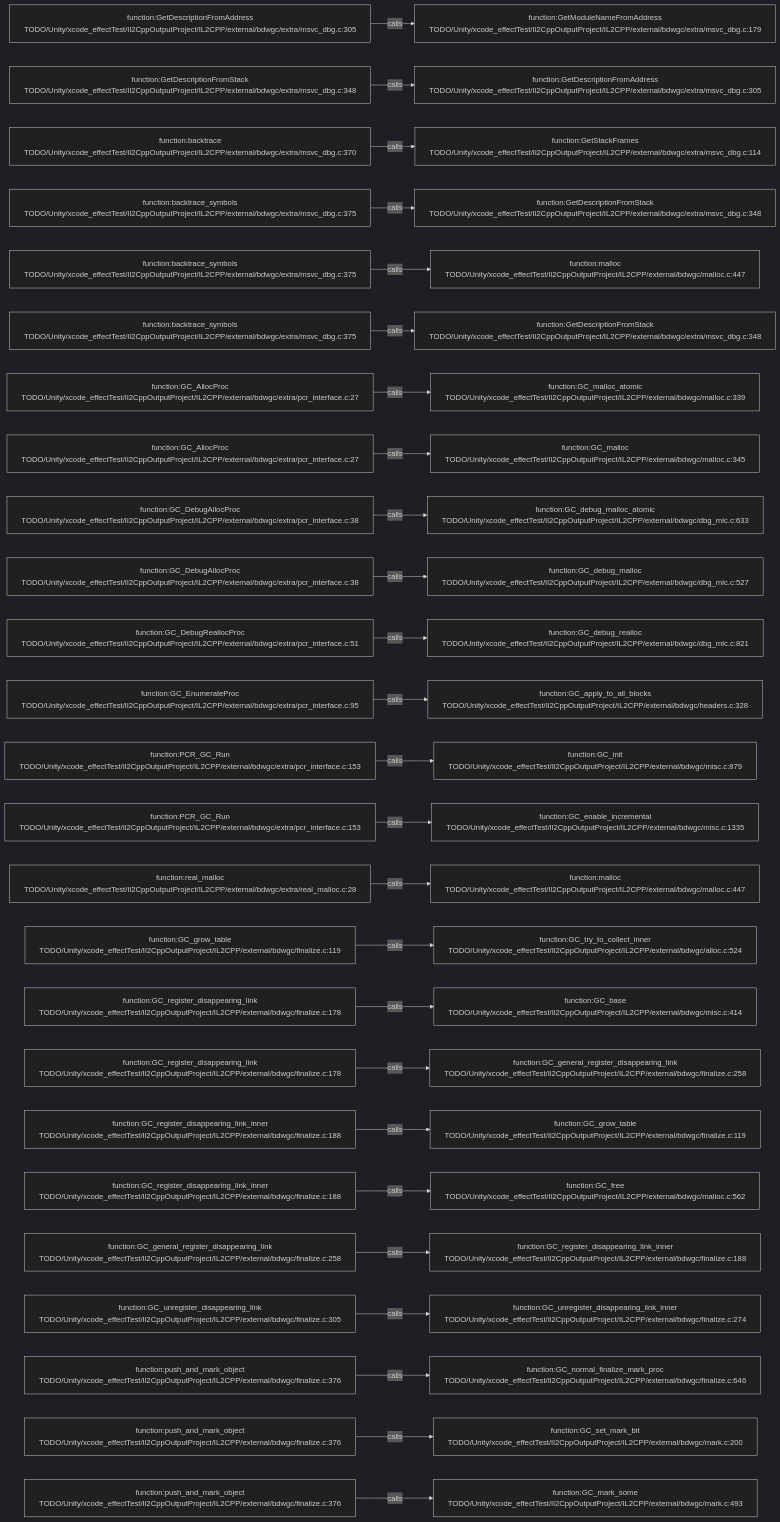
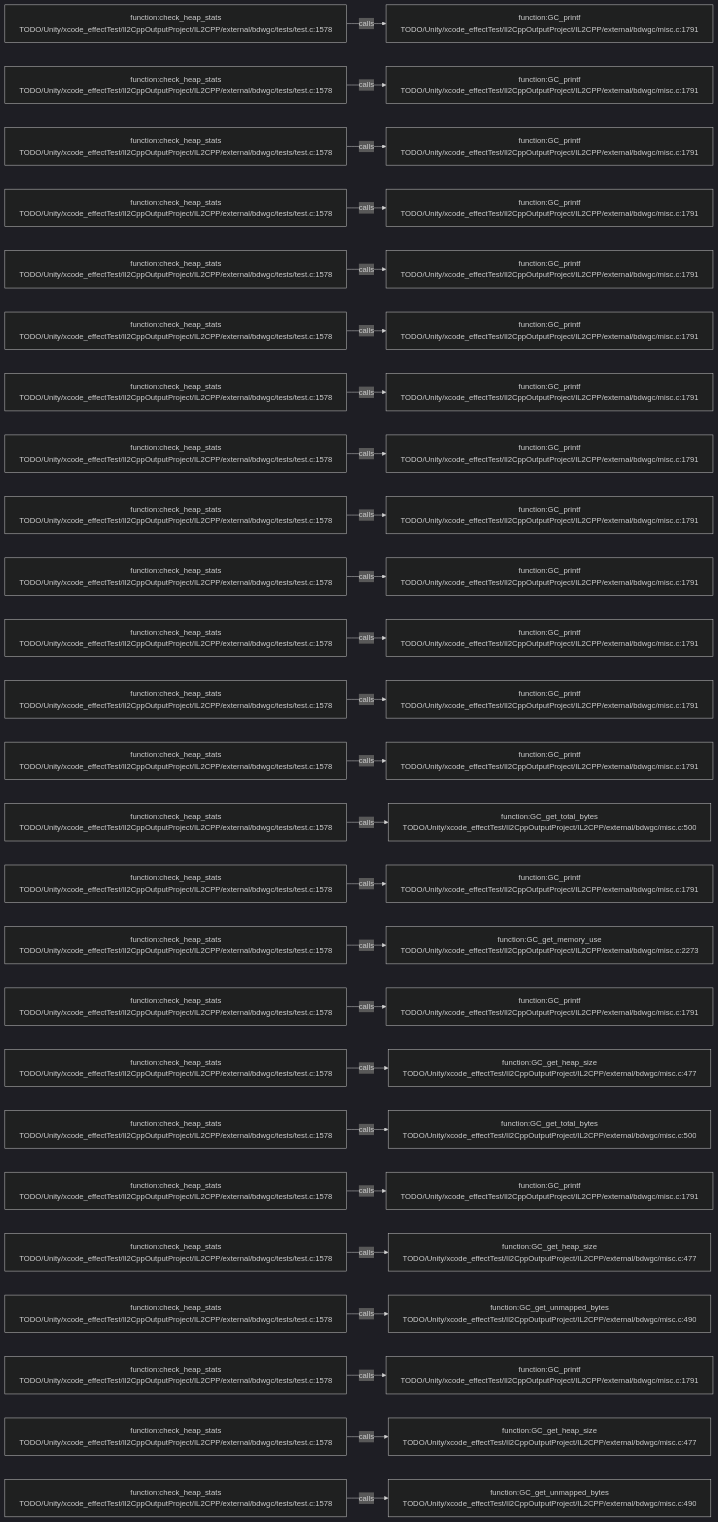
Before and after one commit to JobsKits/JobsSwiftBaseConfigDemo: the diagram in .codegraph/codegraph.md/graphs/calls-175.md, drawn with Mermaid (dark theme). The commit also changed 227 other files, not shown here.

````diff
--- a/.codegraph/codegraph.md/graphs/calls-175.md
+++ b/.codegraph/codegraph.md/graphs/calls-175.md
@@ -13,78 +13,78 @@
 ```mermaid
 flowchart LR
-  S1["function:GetDescriptionFromAddress<br/>TODO/Unity/xcode_effectTest/Il2CppOutputProject/IL2CPP/external/bdwgc/extra/msvc_dbg.c:305"]
-  T1["function:GetModuleNameFromAddress<br/>TODO/Unity/xcode_effectTest/Il2CppOutputProject/IL2CPP/external/bdwgc/extra/msvc_dbg.c:179"]
+  S1["function:check_heap_stats<br/>TODO/Unity/xcode_effectTest/Il2CppOutputProject/IL2CPP/external/bdwgc/tests/test.c:1578"]
+  T1["function:GC_printf<br/>TODO/Unity/xcode_effectTest/Il2CppOutputProject/IL2CPP/external/bdwgc/misc.c:1791"]
   S1 -->|calls| T1
-  S2["function:GetDescriptionFromStack<br/>TODO/Unity/xcode_effectTest/Il2CppOutputProject/IL2CPP/external/bdwgc/extra/msvc_dbg.c:348"]
-  T2["function:GetDescriptionFromAddress<br/>TODO/Unity/xcode_effectTest/Il2CppOutputProject/IL2CPP/external/bdwgc/extra/msvc_dbg.c:305"]
+  S2["function:check_heap_stats<br/>TODO/Unity/xcode_effectTest/Il2CppOutputProject/IL2CPP/external/bdwgc/tests/test.c:1578"]
+  T2["function:GC_printf<br/>TODO/Unity/xcode_effectTest/Il2CppOutputProject/IL2CPP/external/bdwgc/misc.c:1791"]
   S2 -->|calls| T2
-  S3["function:backtrace<br/>TODO/Unity/xcode_effectTest/Il2CppOutputProject/IL2CPP/external/bdwgc/extra/msvc_dbg.c:370"]
-  T3["function:GetStackFrames<br/>TODO/Unity/xcode_effectTest/Il2CppOutputProject/IL2CPP/external/bdwgc/extra/msvc_dbg.c:114"]
+  S3["function:check_heap_stats<br/>TODO/Unity/xcode_effectTest/Il2CppOutputProject/IL2CPP/external/bdwgc/tests/test.c:1578"]
+  T3["function:GC_printf<br/>TODO/Unity/xcode_effectTest/Il2CppOutputProject/IL2CPP/external/bdwgc/misc.c:1791"]
   S3 -->|calls| T3
-  S4["function:backtrace_symbols<br/>TODO/Unity/xcode_effectTest/Il2CppOutputProject/IL2CPP/external/bdwgc/extra/msvc_dbg.c:375"]
-  T4["function:GetDescriptionFromStack<br/>TODO/Unity/xcode_effectTest/Il2CppOutputProject/IL2CPP/external/bdwgc/extra/msvc_dbg.c:348"]
+  S4["function:check_heap_stats<br/>TODO/Unity/xcode_effectTest/Il2CppOutputProject/IL2CPP/external/bdwgc/tests/test.c:1578"]
+  T4["function:GC_printf<br/>TODO/Unity/xcode_effectTest/Il2CppOutputProject/IL2CPP/external/bdwgc/misc.c:1791"]
   S4 -->|calls| T4
-  S5["function:backtrace_symbols<br/>TODO/Unity/xcode_effectTest/Il2CppOutputProject/IL2CPP/external/bdwgc/extra/msvc_dbg.c:375"]
-  T5["function:malloc<br/>TODO/Unity/xcode_effectTest/Il2CppOutputProject/IL2CPP/external/bdwgc/malloc.c:447"]
+  S5["function:check_heap_stats<br/>TODO/Unity/xcode_effectTest/Il2CppOutputProject/IL2CPP/external/bdwgc/tests/test.c:1578"]
+  T5["function:GC_printf<br/>TODO/Unity/xcode_effectTest/Il2CppOutputProject/IL2CPP/external/bdwgc/misc.c:1791"]
   S5 -->|calls| T5
-  S6["function:backtrace_symbols<br/>TODO/Unity/xcode_effectTest/Il2CppOutputProject/IL2CPP/external/bdwgc/extra/msvc_dbg.c:375"]
-  T6["function:GetDescriptionFromStack<br/>TODO/Unity/xcode_effectTest/Il2CppOutputProject/IL2CPP/external/bdwgc/extra/msvc_dbg.c:348"]
+  S6["function:check_heap_stats<br/>TODO/Unity/xcode_effectTest/Il2CppOutputProject/IL2CPP/external/bdwgc/tests/test.c:1578"]
+  T6["function:GC_printf<br/>TODO/Unity/xcode_effectTest/Il2CppOutputProject/IL2CPP/external/bdwgc/misc.c:1791"]
   S6 -->|calls| T6
-  S7["function:GC_AllocProc<br/>TODO/Unity/xcode_effectTest/Il2CppOutputProject/IL2CPP/external/bdwgc/extra/pcr_interface.c:27"]
-  T7["function:GC_malloc_atomic<br/>TODO/Unity/xcode_effectTest/Il2CppOutputProject/IL2CPP/external/bdwgc/malloc.c:339"]
+  S7["function:check_heap_stats<br/>TODO/Unity/xcode_effectTest/Il2CppOutputProject/IL2CPP/external/bdwgc/tests/test.c:1578"]
+  T7["function:GC_printf<br/>TODO/Unity/xcode_effectTest/Il2CppOutputProject/IL2CPP/external/bdwgc/misc.c:1791"]
   S7 -->|calls| T7
-  S8["function:GC_AllocProc<br/>TODO/Unity/xcode_effectTest/Il2CppOutputProject/IL2CPP/external/bdwgc/extra/pcr_interface.c:27"]
-  T8["function:GC_malloc<br/>TODO/Unity/xcode_effectTest/Il2CppOutputProject/IL2CPP/external/bdwgc/malloc.c:345"]
+  S8["function:check_heap_stats<br/>TODO/Unity/xcode_effectTest/Il2CppOutputProject/IL2CPP/external/bdwgc/tests/test.c:1578"]
+  T8["function:GC_printf<br/>TODO/Unity/xcode_effectTest/Il2CppOutputProject/IL2CPP/external/bdwgc/misc.c:1791"]
   S8 -->|calls| T8
-  S9["function:GC_DebugAllocProc<br/>TODO/Unity/xcode_effectTest/Il2CppOutputProject/IL2CPP/external/bdwgc/extra/pcr_interface.c:38"]
-  T9["function:GC_debug_malloc_atomic<br/>TODO/Unity/xcode_effectTest/Il2CppOutputProject/IL2CPP/external/bdwgc/dbg_mlc.c:633"]
+  S9["function:check_heap_stats<br/>TODO/Unity/xcode_effectTest/Il2CppOutputProject/IL2CPP/external/bdwgc/tests/test.c:1578"]
+  T9["function:GC_printf<br/>TODO/Unity/xcode_effectTest/Il2CppOutputProject/IL2CPP/external/bdwgc/misc.c:1791"]
   S9 -->|calls| T9
-  S10["function:GC_DebugAllocProc<br/>TODO/Unity/xcode_effectTest/Il2CppOutputProject/IL2CPP/external/bdwgc/extra/pcr_interface.c:38"]
-  T10["function:GC_debug_malloc<br/>TODO/Unity/xcode_effectTest/Il2CppOutputProject/IL2CPP/external/bdwgc/dbg_mlc.c:527"]
+  S10["function:check_heap_stats<br/>TODO/Unity/xcode_effectTest/Il2CppOutputProject/IL2CPP/external/bdwgc/tests/test.c:1578"]
+  T10["function:GC_printf<br/>TODO/Unity/xcode_effectTest/Il2CppOutputProject/IL2CPP/external/bdwgc/misc.c:1791"]
   S10 -->|calls| T10
-  S11["function:GC_DebugReallocProc<br/>TODO/Unity/xcode_effectTest/Il2CppOutputProject/IL2CPP/external/bdwgc/extra/pcr_interface.c:51"]
-  T11["function:GC_debug_realloc<br/>TODO/Unity/xcode_effectTest/Il2CppOutputProject/IL2CPP/external/bdwgc/dbg_mlc.c:821"]
+  S11["function:check_heap_stats<br/>TODO/Unity/xcode_effectTest/Il2CppOutputProject/IL2CPP/external/bdwgc/tests/test.c:1578"]
+  T11["function:GC_printf<br/>TODO/Unity/xcode_effectTest/Il2CppOutputProject/IL2CPP/external/bdwgc/misc.c:1791"]
   S11 -->|calls| T11
-  S12["function:GC_EnumerateProc<br/>TODO/Unity/xcode_effectTest/Il2CppOutputProject/IL2CPP/external/bdwgc/extra/pcr_interface.c:95"]
-  T12["function:GC_apply_to_all_blocks<br/>TODO/Unity/xcode_effectTest/Il2CppOutputProject/IL2CPP/external/bdwgc/headers.c:328"]
+  S12["function:check_heap_stats<br/>TODO/Unity/xcode_effectTest/Il2CppOutputProject/IL2CPP/external/bdwgc/tests/test.c:1578"]
+  T12["function:GC_printf<br/>TODO/Unity/xcode_effectTest/Il2CppOutputProject/IL2CPP/external/bdwgc/misc.c:1791"]
   S12 -->|calls| T12
-  S13["function:PCR_GC_Run<br/>TODO/Unity/xcode_effectTest/Il2CppOutputProject/IL2CPP/external/bdwgc/extra/pcr_interface.c:153"]
-  T13["function:GC_init<br/>TODO/Unity/xcode_effectTest/Il2CppOutputProject/IL2CPP/external/bdwgc/misc.c:879"]
+  S13["function:check_heap_stats<br/>TODO/Unity/xcode_effectTest/Il2CppOutputProject/IL2CPP/external/bdwgc/tests/test.c:1578"]
+  T13["function:GC_printf<br/>TODO/Unity/xcode_effectTest/Il2CppOutputProject/IL2CPP/external/bdwgc/misc.c:1791"]
   S13 -->|calls| T13
-  S14["function:PCR_GC_Run<br/>TODO/Unity/xcode_effectTest/Il2CppOutputProject/IL2CPP/external/bdwgc/extra/pcr_interface.c:153"]
-  T14["function:GC_enable_incremental<br/>TODO/Unity/xcode_effectTest/Il2CppOutputProject/IL2CPP/external/bdwgc/misc.c:1335"]
+  S14["function:check_heap_stats<br/>TODO/Unity/xcode_effectTest/Il2CppOutputProject/IL2CPP/external/bdwgc/tests/test.c:1578"]
+  T14["function:GC_get_total_bytes<br/>TODO/Unity/xcode_effectTest/Il2CppOutputProject/IL2CPP/external/bdwgc/misc.c:500"]
   S14 -->|calls| T14
-  S15["function:real_malloc<br/>TODO/Unity/xcode_effectTest/Il2CppOutputProject/IL2CPP/external/bdwgc/extra/real_malloc.c:28"]
-  T15["function:malloc<br/>TODO/Unity/xcode_effectTest/Il2CppOutputProject/IL2CPP/external/bdwgc/malloc.c:447"]
+  S15["function:check_heap_stats<br/>TODO/Unity/xcode_effectTest/Il2CppOutputProject/IL2CPP/external/bdwgc/tests/test.c:1578"]
+  T15["function:GC_printf<br/>TODO/Unity/xcode_effectTest/Il2CppOutputProject/IL2CPP/external/bdwgc/misc.c:1791"]
   S15 -->|calls| T15
-  S16["function:GC_grow_table<br/>TODO/Unity/xcode_effectTest/Il2CppOutputProject/IL2CPP/external/bdwgc/finalize.c:119"]
-  T16["function:GC_try_to_collect_inner<br/>TODO/Unity/xcode_effectTest/Il2CppOutputProject/IL2CPP/external/bdwgc/alloc.c:524"]
+  S16["function:check_heap_stats<br/>TODO/Unity/xcode_effectTest/Il2CppOutputProject/IL2CPP/external/bdwgc/tests/test.c:1578"]
+  T16["function:GC_get_memory_use<br/>TODO/Unity/xcode_effectTest/Il2CppOutputProject/IL2CPP/external/bdwgc/misc.c:2273"]
   S16 -->|calls| T16
-  S17["function:GC_register_disappearing_link<br/>TODO/Unity/xcode_effectTest/Il2CppOutputProject/IL2CPP/external/bdwgc/finalize.c:178"]
-  T17["function:GC_base<br/>TODO/Unity/xcode_effectTest/Il2CppOutputProject/IL2CPP/external/bdwgc/misc.c:414"]
+  S17["function:check_heap_stats<br/>TODO/Unity/xcode_effectTest/Il2CppOutputProject/IL2CPP/external/bdwgc/tests/test.c:1578"]
+  T17["function:GC_printf<br/>TODO/Unity/xcode_effectTest/Il2CppOutputProject/IL2CPP/external/bdwgc/misc.c:1791"]
   S17 -->|calls| T17
-  S18["function:GC_register_disappearing_link<br/>TODO/Unity/xcode_effectTest/Il2CppOutputProject/IL2CPP/external/bdwgc/finalize.c:178"]
-  T18["function:GC_general_register_disappearing_link<br/>TODO/Unity/xcode_effectTest/Il2CppOutputProject/IL2CPP/external/bdwgc/finalize.c:258"]
+  S18["function:check_heap_stats<br/>TODO/Unity/xcode_effectTest/Il2CppOutputProject/IL2CPP/external/bdwgc/tests/test.c:1578"]
+  T18["function:GC_get_heap_size<br/>TODO/Unity/xcode_effectTest/Il2CppOutputProject/IL2CPP/external/bdwgc/misc.c:477"]
   S18 -->|calls| T18
-  S19["function:GC_register_disappearing_link_inner<br/>TODO/Unity/xcode_effectTest/Il2CppOutputProject/IL2CPP/external/bdwgc/finalize.c:188"]
-  T19["function:GC_grow_table<br/>TODO/Unity/xcode_effectTest/Il2CppOutputProject/IL2CPP/external/bdwgc/finalize.c:119"]
+  S19["function:check_heap_stats<br/>TODO/Unity/xcode_effectTest/Il2CppOutputProject/IL2CPP/external/bdwgc/tests/test.c:1578"]
+  T19["function:GC_get_total_bytes<br/>TODO/Unity/xcode_effectTest/Il2CppOutputProject/IL2CPP/external/bdwgc/misc.c:500"]
   S19 -->|calls| T19
-  S20["function:GC_register_disappearing_link_inner<br/>TODO/Unity/xcode_effectTest/Il2CppOutputProject/IL2CPP/external/bdwgc/finalize.c:188"]
-  T20["function:GC_free<br/>TODO/Unity/xcode_effectTest/Il2CppOutputProject/IL2CPP/external/bdwgc/malloc.c:562"]
+  S20["function:check_heap_stats<br/>TODO/Unity/xcode_effectTest/Il2CppOutputProject/IL2CPP/external/bdwgc/tests/test.c:1578"]
+  T20["function:GC_printf<br/>TODO/Unity/xcode_effectTest/Il2CppOutputProject/IL2CPP/external/bdwgc/misc.c:1791"]
   S20 -->|calls| T20
-  S21["function:GC_general_register_disappearing_link<br/>TODO/Unity/xcode_effectTest/Il2CppOutputProject/IL2CPP/external/bdwgc/finalize.c:258"]
-  T21["function:GC_register_disappearing_link_inner<br/>TODO/Unity/xcode_effectTest/Il2CppOutputProject/IL2CPP/external/bdwgc/finalize.c:188"]
+  S21["function:check_heap_stats<br/>TODO/Unity/xcode_effectTest/Il2CppOutputProject/IL2CPP/external/bdwgc/tests/test.c:1578"]
+  T21["function:GC_get_heap_size<br/>TODO/Unity/xcode_effectTest/Il2CppOutputProject/IL2CPP/external/bdwgc/misc.c:477"]
   S21 -->|calls| T21
-  S22["function:GC_unregister_disappearing_link<br/>TODO/Unity/xcode_effectTest/Il2CppOutputProject/IL2CPP/external/bdwgc/finalize.c:305"]
-  T22["function:GC_unregister_disappearing_link_inner<br/>TODO/Unity/xcode_effectTest/Il2CppOutputProject/IL2CPP/external/bdwgc/finalize.c:274"]
+  S22["function:check_heap_stats<br/>TODO/Unity/xcode_effectTest/Il2CppOutputProject/IL2CPP/external/bdwgc/tests/test.c:1578"]
+  T22["function:GC_get_unmapped_bytes<br/>TODO/Unity/xcode_effectTest/Il2CppOutputProject/IL2CPP/external/bdwgc/misc.c:490"]
   S22 -->|calls| T22
-  S23["function:push_and_mark_object<br/>TODO/Unity/xcode_effectTest/Il2CppOutputProject/IL2CPP/external/bdwgc/finalize.c:376"]
-  T23["function:GC_normal_finalize_mark_proc<br/>TODO/Unity/xcode_effectTest/Il2CppOutputProject/IL2CPP/external/bdwgc/finalize.c:646"]
+  S23["function:check_heap_stats<br/>TODO/Unity/xcode_effectTest/Il2CppOutputProject/IL2CPP/external/bdwgc/tests/test.c:1578"]
+  T23["function:GC_printf<br/>TODO/Unity/xcode_effectTest/Il2CppOutputProject/IL2CPP/external/bdwgc/misc.c:1791"]
   S23 -->|calls| T23
-  S24["function:push_and_mark_object<br/>TODO/Unity/xcode_effectTest/Il2CppOutputProject/IL2CPP/external/bdwgc/finalize.c:376"]
-  T24["function:GC_set_mark_bit<br/>TODO/Unity/xcode_effectTest/Il2CppOutputProject/IL2CPP/external/bdwgc/mark.c:200"]
+  S24["function:check_heap_stats<br/>TODO/Unity/xcode_effectTest/Il2CppOutputProject/IL2CPP/external/bdwgc/tests/test.c:1578"]
+  T24["function:GC_get_heap_size<br/>TODO/Unity/xcode_effectTest/Il2CppOutputProject/IL2CPP/external/bdwgc/misc.c:477"]
   S24 -->|calls| T24
-  S25["function:push_and_mark_object<br/>TODO/Unity/xcode_effectTest/Il2CppOutputProject/IL2CPP/external/bdwgc/finalize.c:376"]
-  T25["function:GC_mark_some<br/>TODO/Unity/xcode_effectTest/Il2CppOutputProject/IL2CPP/external/bdwgc/mark.c:493"]
+  S25["function:check_heap_stats<br/>TODO/Unity/xcode_effectTest/Il2CppOutputProject/IL2CPP/external/bdwgc/tests/test.c:1578"]
+  T25["function:GC_get_unmapped_bytes<br/>TODO/Unity/xcode_effectTest/Il2CppOutputProject/IL2CPP/external/bdwgc/misc.c:490"]
   S25 -->|calls| T25
 ```
````
